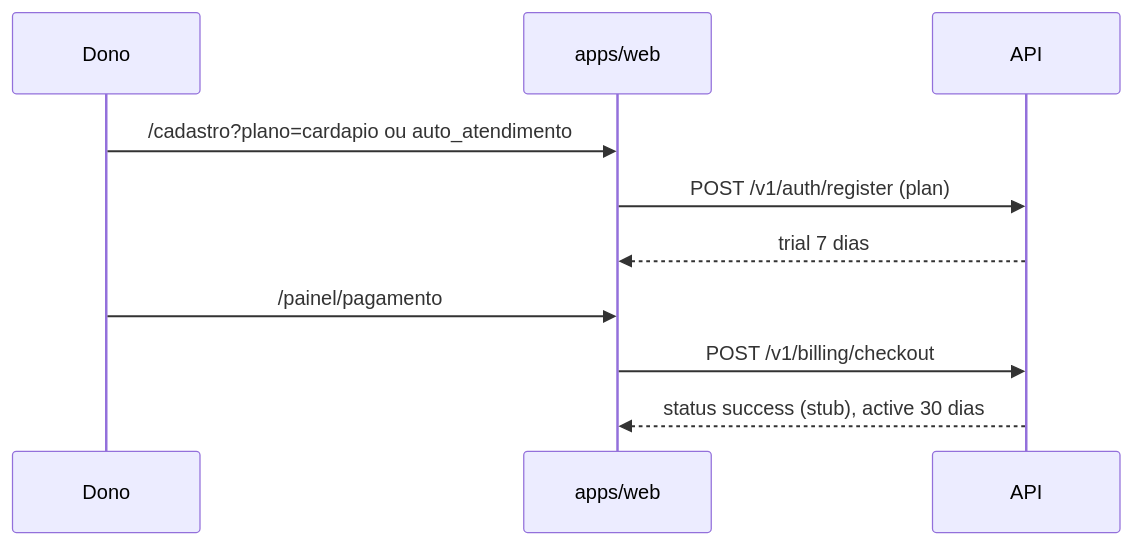
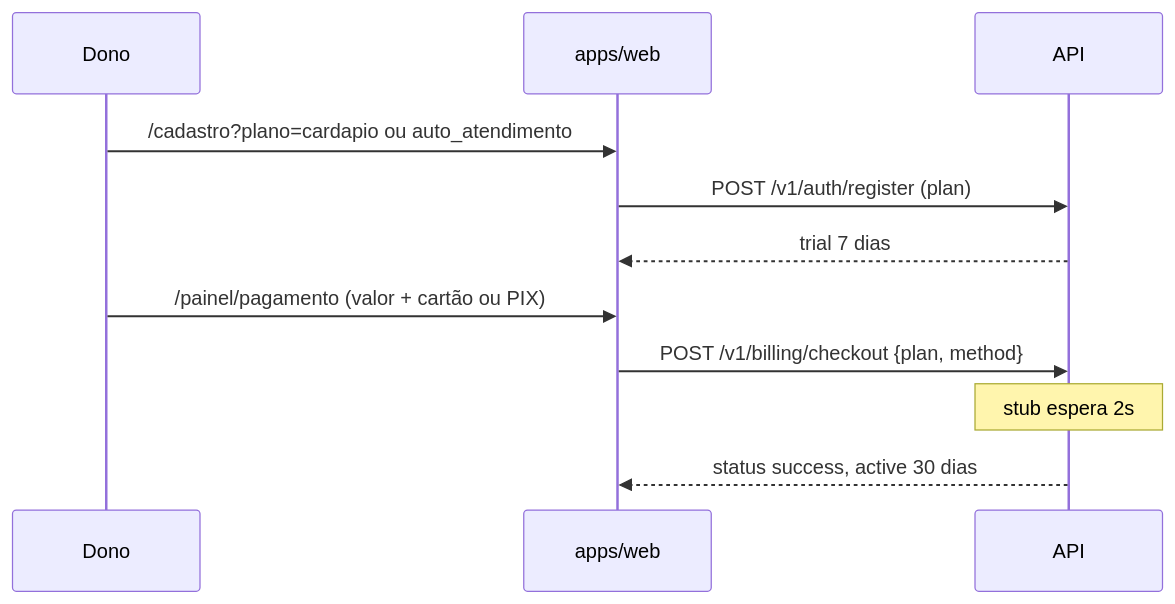
The seventh of 7 diagrams in docs/product/fluxos.md (filiperamosds/eaimesa), drawn with Mermaid before and after one commit. The commit also changed other lines of this file and 16 other files, not shown here.

First line of the commit message:
feat(billing): cards com preço e checkout stub com loading (#14)

````diff
--- a/docs/product/fluxos.md
+++ b/docs/product/fluxos.md
@@ -171,13 +171,14 @@
 ```mermaid
 sequenceDiagram
   participant D as Dono
   participant W as apps/web
   participant API as API
 
   D->>W: /cadastro?plano=cardapio ou auto_atendimento
   W->>API: POST /v1/auth/register (plan)
   API-->>W: trial 7 dias
-  D->>W: /painel/pagamento
-  W->>API: POST /v1/billing/checkout
-  API-->>W: status success (stub), active 30 dias
+  D->>W: /painel/pagamento (valor + cartão ou PIX)
+  W->>API: POST /v1/billing/checkout {plan, method}
+  Note over API: stub espera 2s
+  API-->>W: status success, active 30 dias
 ```
````
